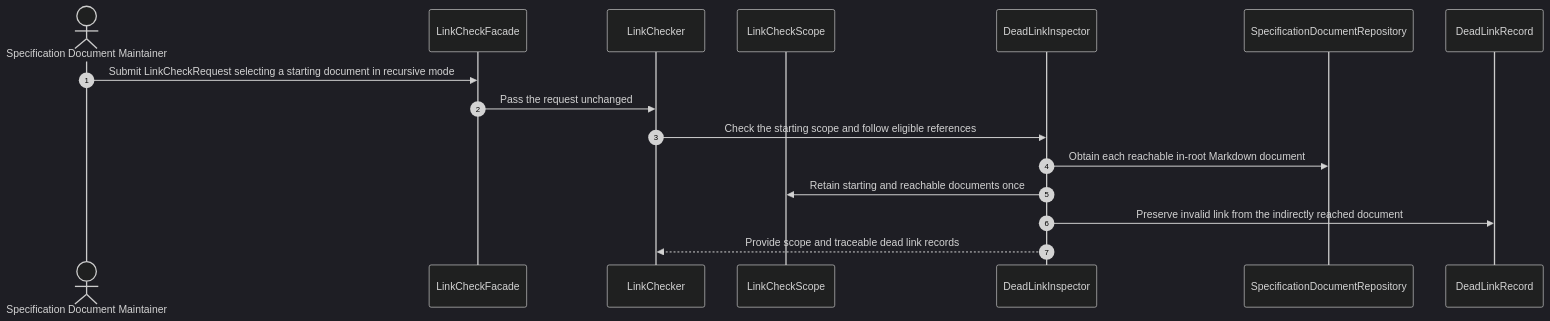
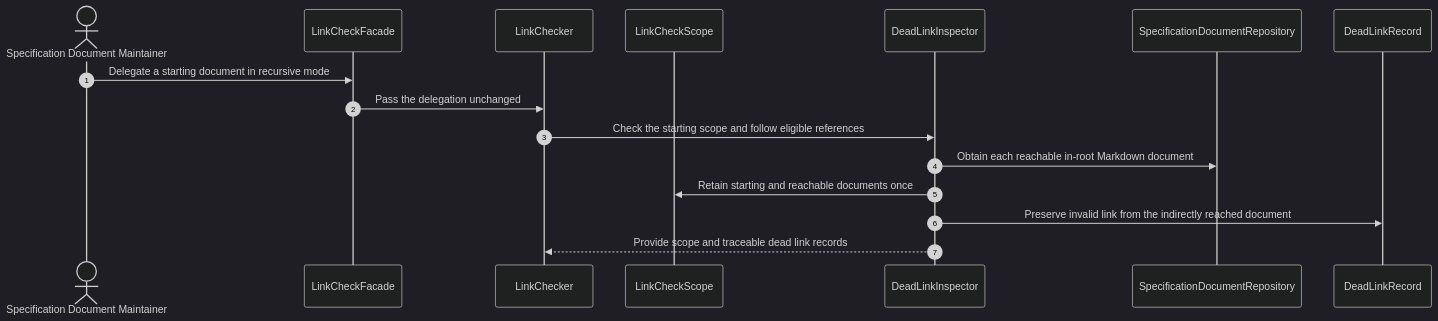
Before and after one commit to huang-xiao-jian/bluey: diagram 27 of 42 in specs/md-linkage/design.md, drawn with Mermaid (dark theme). The commit also changed other lines of this file and 7 other files, not shown here.

````diff
--- a/specs/md-linkage/design.md
+++ b/specs/md-linkage/design.md
@@ -993,19 +876,19 @@
 ```mermaid
 sequenceDiagram
     autonumber
     actor Maintainer as Specification Document Maintainer
     participant Submission as LinkCheckFacade
     participant Check as LinkChecker
     participant Scope as LinkCheckScope
     participant Detection as DeadLinkInspector
     participant Access as SpecificationDocumentRepository
     participant Record as DeadLinkRecord
 
-    Maintainer->>Submission: Submit LinkCheckRequest selecting a starting document in recursive mode
-    Submission->>Check: Pass the request unchanged
+    Maintainer->>Submission: Delegate a starting document in recursive mode
+    Submission->>Check: Pass the delegation unchanged
     Check->>Detection: Check the starting scope and follow eligible references
     Detection->>Access: Obtain each reachable in-root Markdown document
     Detection->>Scope: Retain starting and reachable documents once
     Detection->>Record: Preserve invalid link from the indirectly reached document
     Detection-->>Check: Provide scope and traceable dead link records
 ```
````
